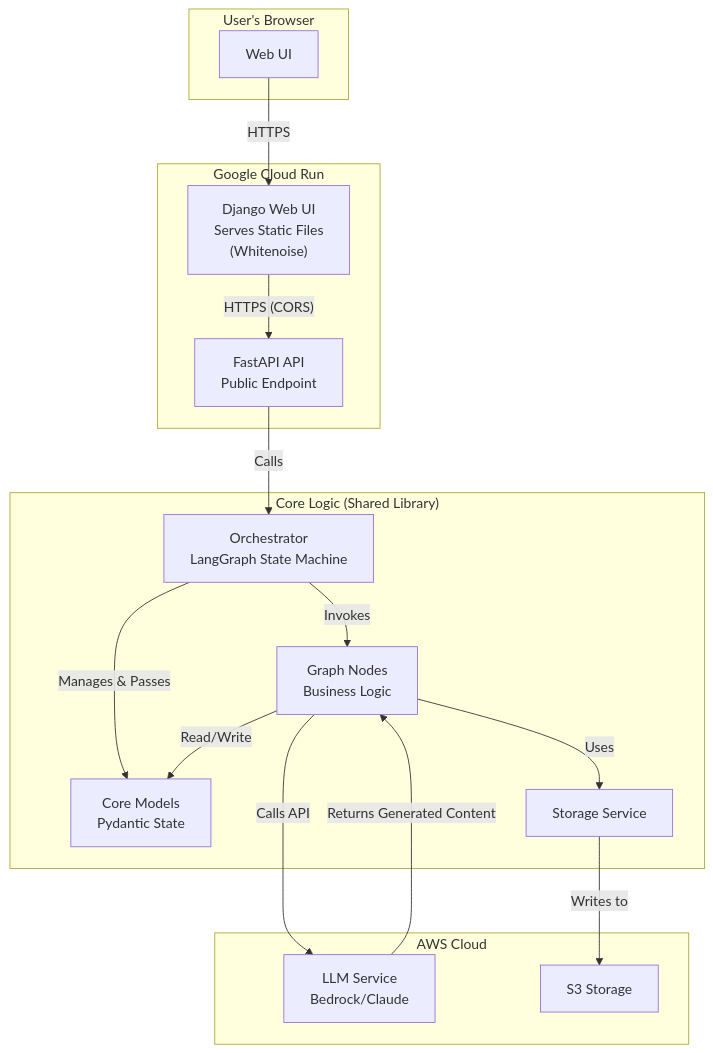
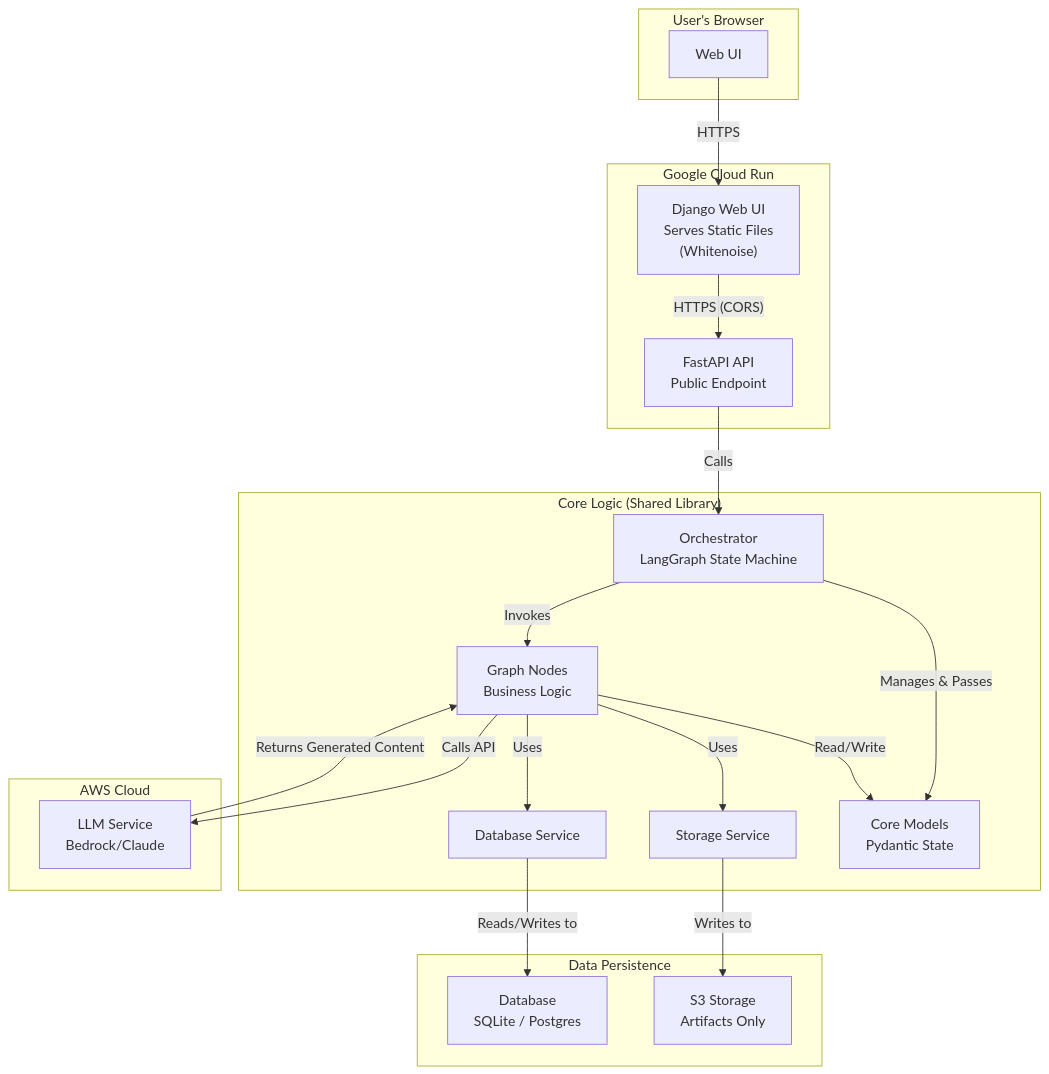
One commit to RayKMAllen/eassistant changed the diagram in docs/Architectural_Plan.md. Above: the diagram before and after it, drawn with Mermaid. The commit also changed other lines of this file and 3 other files, not shown here.

````diff
--- a/docs/Architectural_Plan.md
+++ b/docs/Architectural_Plan.md
@@ -9,39 +17,46 @@
 ```mermaid
 graph TD
     subgraph "User's Browser"
         WebApp[Web UI]
     end
 
     subgraph "Google Cloud Run"
         DjangoUI["Django Web UI<br>Serves Static Files<br>(Whitenoise)"]
         FastAPIAPI["FastAPI API<br>Public Endpoint"]
     end
 
     subgraph "Core Logic (Shared Library)"
         Orchestrator["Orchestrator<br>LangGraph State Machine"]
         Models["Core Models<br>Pydantic State"]
         Nodes["Graph Nodes<br>Business Logic"]
         StorageService[Storage Service]
+        DBService[Database Service]
+    end
+
+    subgraph "Data Persistence"
+        Database["Database<br>SQLite / Postgres"]
+        S3[S3 Storage<br>Artifacts Only]
     end
 
     subgraph "AWS Cloud"
         LLM["LLM Service<br>Bedrock/Claude"]
-        S3[S3 Storage]
     end
 
     %% --- User & Service Interactions ---
     WebApp -- HTTPS --> DjangoUI
     DjangoUI -- HTTPS (CORS) --> FastAPIAPI
     FastAPIAPI -- Calls --> Orchestrator
 
     %% --- Core Logic Interactions ---
     Orchestrator -- Manages & Passes --> Models
     Orchestrator -- Invokes --> Nodes
     Nodes -- Read/Write --> Models
     Nodes -- Uses --> StorageService
+    Nodes -- Uses --> DBService
 
     %% --- Cloud Interactions ---
     Nodes -- Calls API --> LLM
     LLM -- Returns Generated Content --> Nodes
     StorageService -- Writes to --> S3
+    DBService -- Reads/Writes to --> Database
 ```
````
